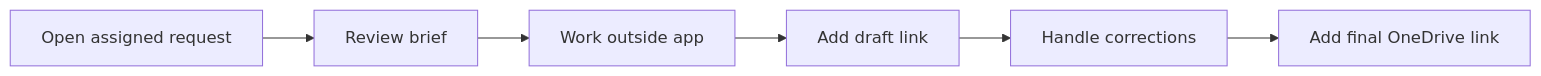
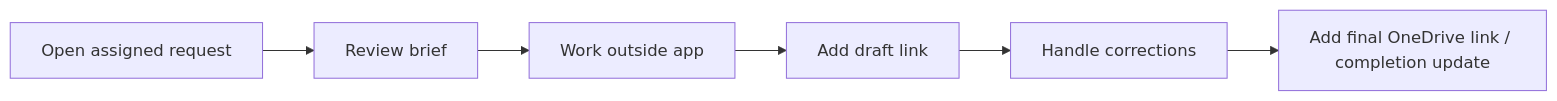
Before and after one commit to harsha-jivawater/jiva-farm-os: the tenth of 27 diagrams in docs/ROLE_BASED_USAGE_MANUAL.md, drawn with Mermaid. The commit also changed other lines of this file and 3 other files, not shown here.

````diff
--- a/docs/ROLE_BASED_USAGE_MANUAL.md
+++ b/docs/ROLE_BASED_USAGE_MANUAL.md
@@ -694,8 +701,8 @@
 ```mermaid
 flowchart LR
   A["Open assigned request"] --> B["Review brief"]
   B --> C["Work outside app"]
   C --> D["Add draft link"]
   D --> E["Handle corrections"]
-  E --> F["Add final OneDrive link"]
+  E --> F["Add final OneDrive link / completion update"]
 ```
````
